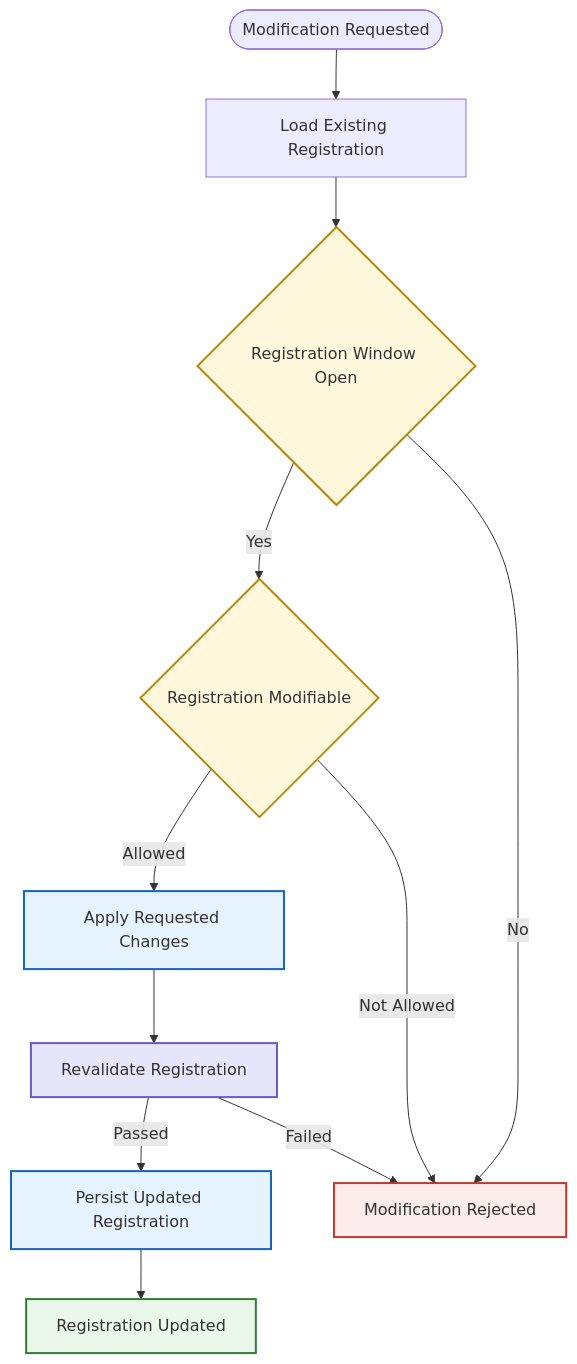
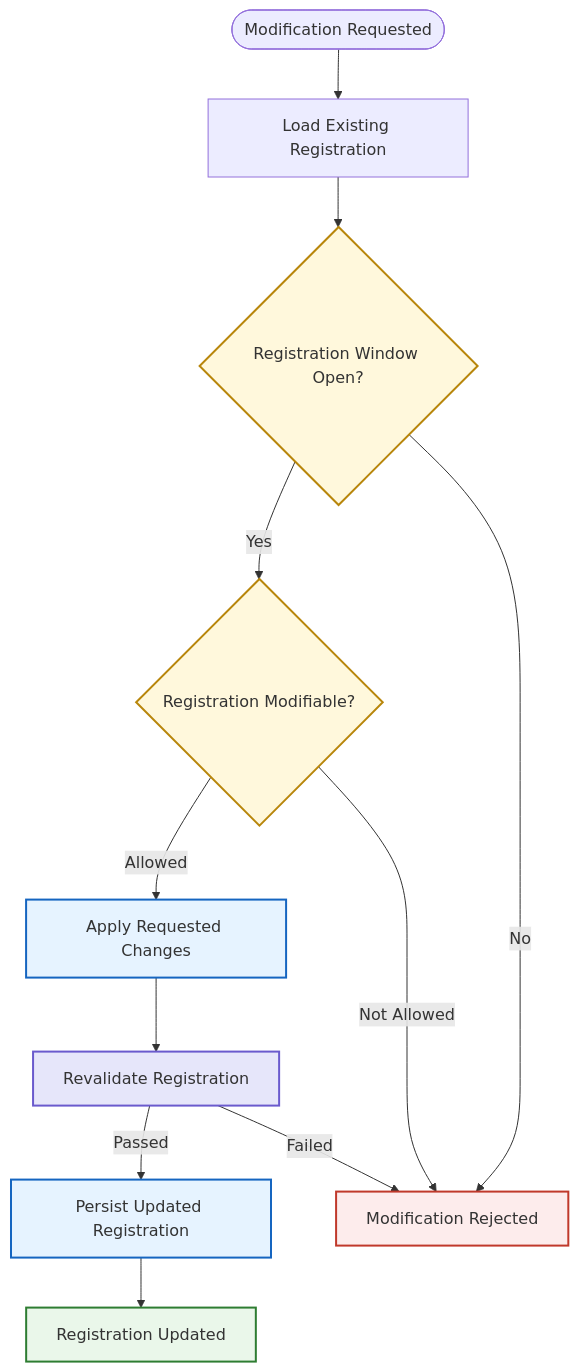
One commit to Varad1604/ERP_hark changed diagram 11 of 28 in architecture/L2_Domain_Workflow_Architecture/section-c/L2-C03_Student_Academic_Registration_Workflows.md. Above: the diagram before and after it, drawn with Mermaid. The commit also changed other lines of this file and 39 other files, not shown here.

````diff
--- a/architecture/L2_Domain_Workflow_Architecture/section-c/L2-C03_Student_Academic_Registration_Workflows.md
+++ b/architecture/L2_Domain_Workflow_Architecture/section-c/L2-C03_Student_Academic_Registration_Workflows.md
@@ -5910,52 +5911,52 @@
 ```mermaid
 flowchart TD
 
     START([Modification Requested])
 
     LOAD["Load Existing Registration"]
 
-    CHECK_WINDOW{"Registration Window Open"}
+    CHECK_WINDOW{"Registration Window Open?"}
 
-    CHECK_STATE{"Registration Modifiable"}
+    CHECK_STATE{"Registration Modifiable?"}
 
     APPLY["Apply Requested Changes"]
 
     VALIDATE["Revalidate Registration"]
 
     SAVE["Persist Updated Registration"]
 
     UPDATED["Registration Updated"]
 
     REJECT["Modification Rejected"]
 
     START --> LOAD
 
     LOAD --> CHECK_WINDOW
 
     CHECK_WINDOW -->|Yes| CHECK_STATE
     CHECK_WINDOW -->|No| REJECT
 
     CHECK_STATE -->|Allowed| APPLY
     CHECK_STATE -->|Not Allowed| REJECT
 
     APPLY --> VALIDATE
 
     VALIDATE -->|Passed| SAVE
     VALIDATE -->|Failed| REJECT
 
     SAVE --> UPDATED
 
     %% Styling
 
     style CHECK_WINDOW fill:#FFF8DC,stroke:#B8860B,stroke-width:2px
     style CHECK_STATE fill:#FFF8DC,stroke:#B8860B,stroke-width:2px
 
     style APPLY fill:#E6F3FF,stroke:#1565C0,stroke-width:2px
     style SAVE fill:#E6F3FF,stroke:#1565C0,stroke-width:2px
 
     style VALIDATE fill:#E6E6FA,stroke:#6A5ACD,stroke-width:2px
 
     style UPDATED fill:#EAF7EA,stroke:#2E7D32,stroke-width:2px
 
     style REJECT fill:#FDECEC,stroke:#C0392B,stroke-width:2px
 ```
````
